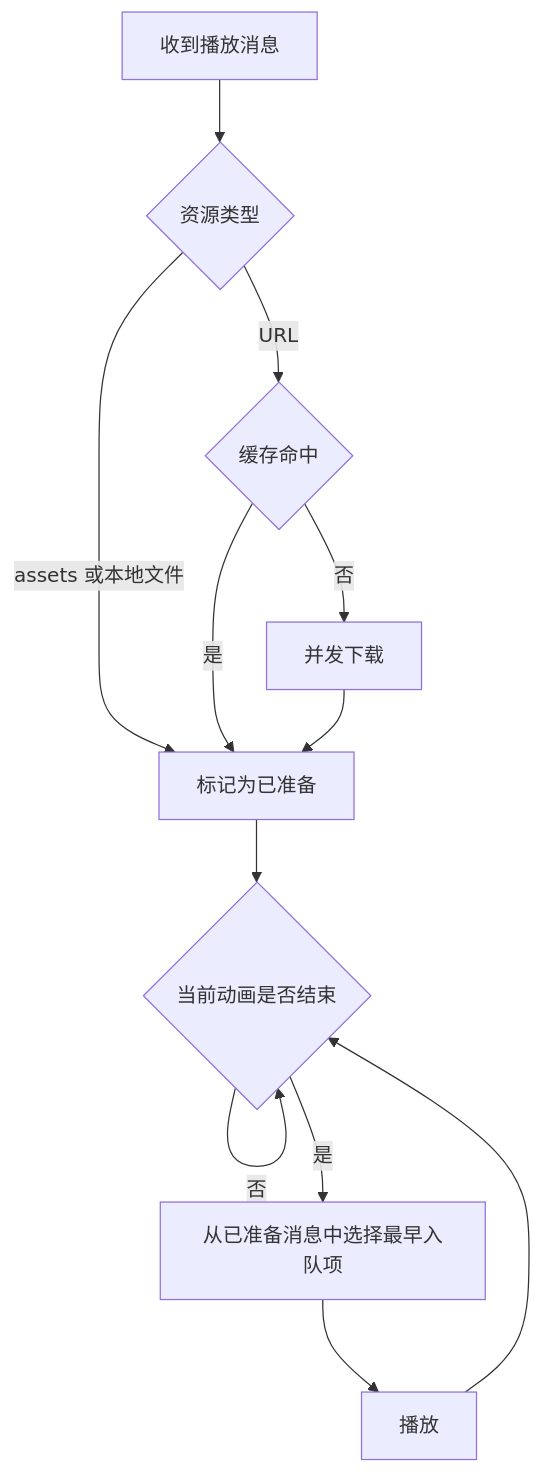
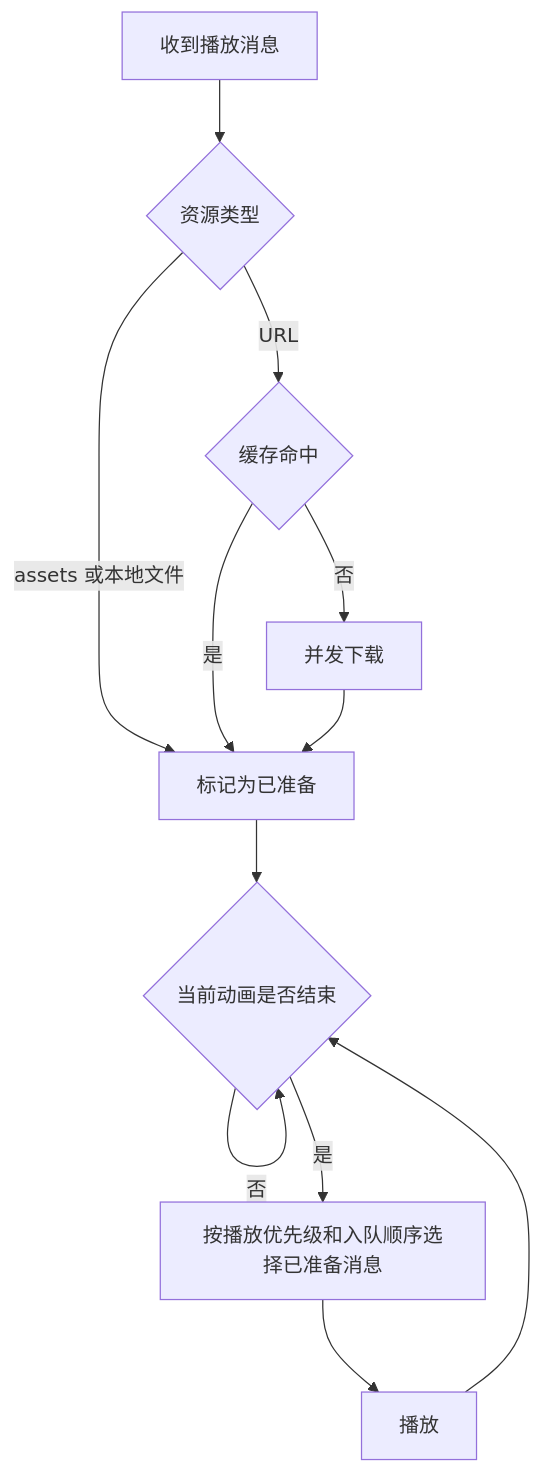
One commit to KeShiJie/GiftPlayer changed the second of 2 diagrams in README.md. Above: the diagram before and after it, drawn with Mermaid. The commit also changed other lines of this file and 15 other files, not shown here.

````diff
--- a/README.md
+++ b/README.md
@@ -359,14 +377,14 @@
 ```mermaid
 flowchart TD
     A[收到播放消息] --> B{资源类型}
     B -- assets 或本地文件 --> E[标记为已准备]
     B -- URL --> C{缓存命中}
     C -- 是 --> E
     C -- 否 --> D[并发下载]
     D --> E
     E --> F{当前动画是否结束}
     F -- 否 --> F
-    F -- 是 --> G[从已准备消息中选择最早入队项]
+    F -- 是 --> G[按播放优先级和入队顺序选择已准备消息]
     G --> H[播放]
     H --> F
 ```
````
